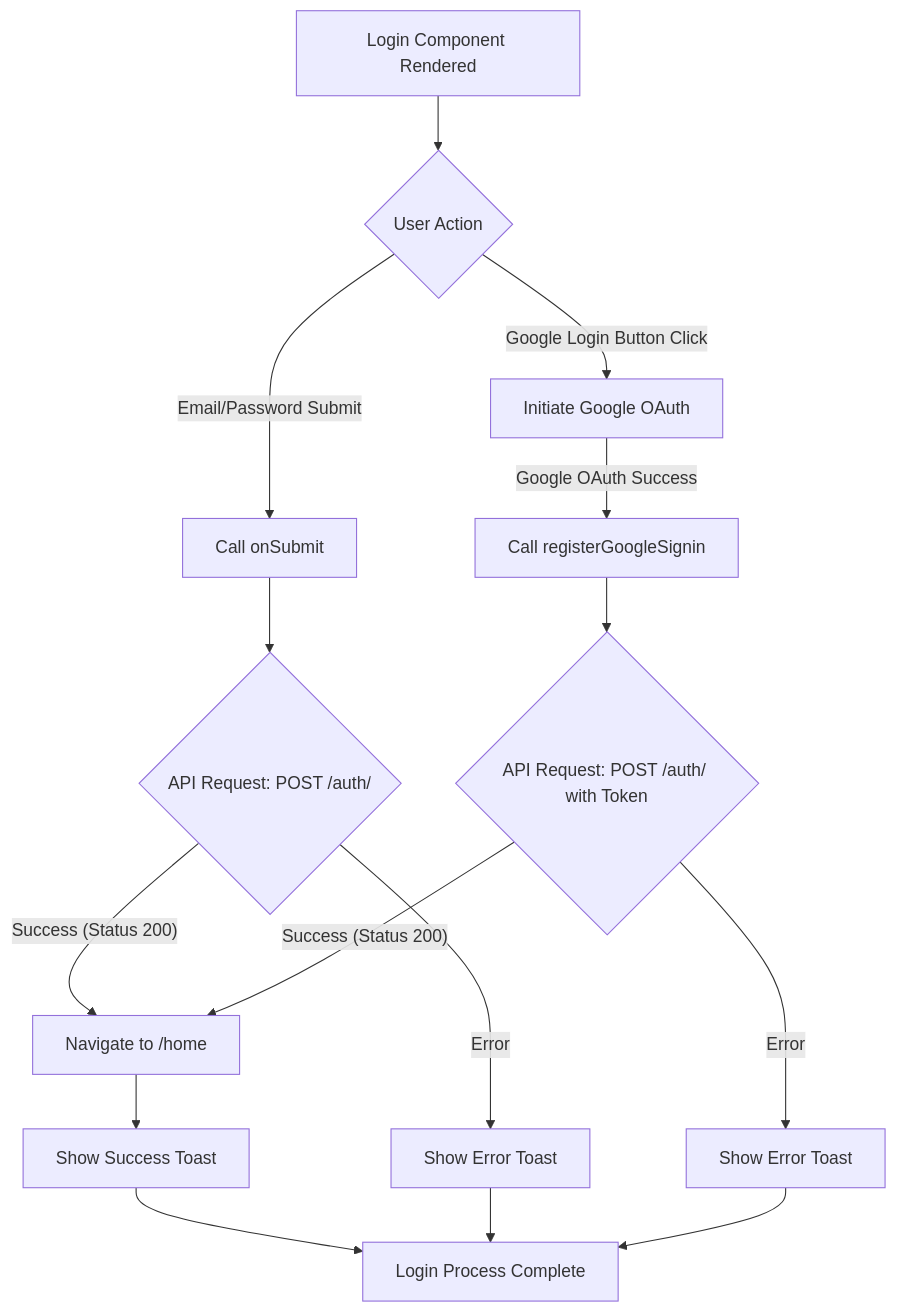
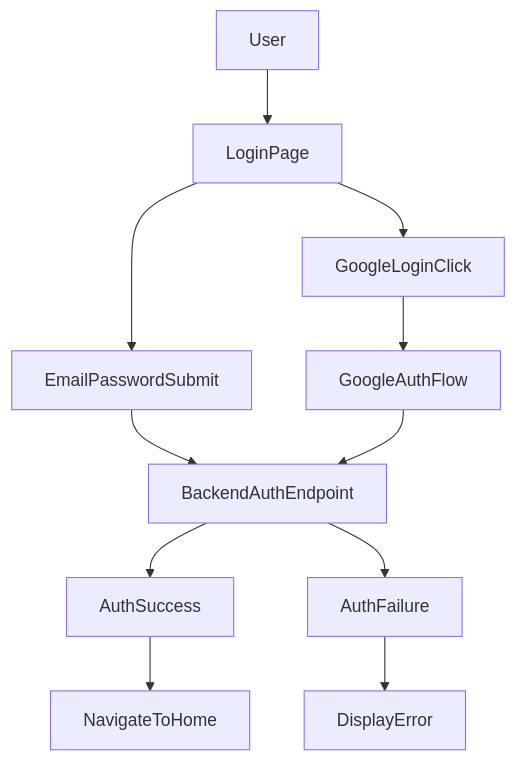
One commit to test-company-prowiz/tableau-frontend changed the diagram in docs/src/Pages/Login.jsx.md. Above: the diagram before and after it, drawn with Mermaid. The commit also changed other lines of this file, not shown here.

Commit message:
[AI-DOC] docs: auto-generated documentation for docs/src/Pages/Login.jsx.md

````diff
--- a/docs/src/Pages/Login.jsx.md
+++ b/docs/src/Pages/Login.jsx.md
@@ -47,17 +71,16 @@
 ```mermaid
 graph TD
-A[Login Component Rendered] --> B{User Action};
-B -- Email/Password Submit --> C[Call onSubmit];
-C --> D{API Request: POST /auth/};
-D -- Success (Status 200) --> E[Navigate to /home];
-D -- Error --> F[Show Error Toast];
-B -- Google Login Button Click --> G[Initiate Google OAuth];
-G -- Google OAuth Success --> H[Call registerGoogleSignin];
-H --> I{API Request: POST /auth/ with Token};
-I -- Success (Status 200) --> E;
-I -- Error --> J[Show Error Toast];
-E --> K[Show Success Toast];
-K --> L[Login Process Complete];
-F --> L;
-J --> L;
+User[User] --> LoginPage[LoginPage];
+LoginPage --> EmailPasswordSubmit[EmailPasswordSubmit];
+EmailPasswordSubmit --> BackendAuthEndpoint[BackendAuthEndpoint];
+
+LoginPage --> GoogleLoginClick[GoogleLoginClick];
+GoogleLoginClick --> GoogleAuthFlow[GoogleAuthFlow];
+GoogleAuthFlow --> BackendAuthEndpoint;
+
+BackendAuthEndpoint --> AuthSuccess[AuthSuccess];
+AuthSuccess --> NavigateToHome[NavigateToHome];
+
+BackendAuthEndpoint --> AuthFailure[AuthFailure];
+AuthFailure --> DisplayError[DisplayError];
 ```
````
